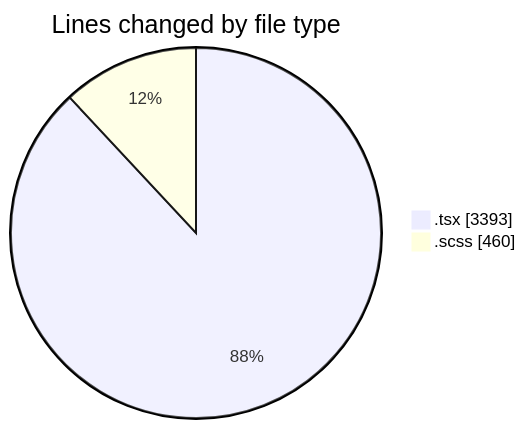
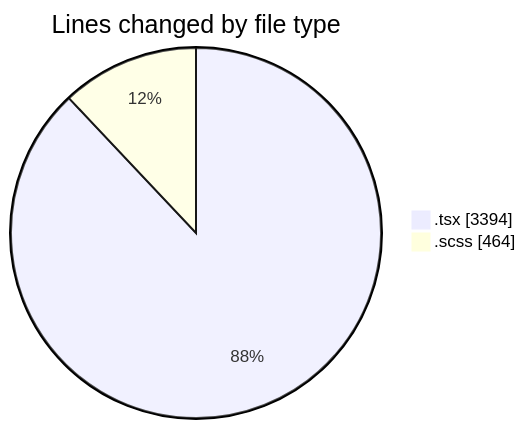
The first of 2 diagrams in 2025-09-30/cda/README.md (momahboobian/code-tracking), drawn with Mermaid before and after one commit. The commit also changed other lines of this file and 1 other file, not shown here.

````diff
--- a/2025-09-30/cda/README.md
+++ b/2025-09-30/cda/README.md
@@ -25,6 +25,6 @@
 ```mermaid
 pie showData
 title Lines changed by file type
-".tsx" : 3393
-".scss" : 460
+".tsx" : 3394
+".scss" : 464
 ```
````
